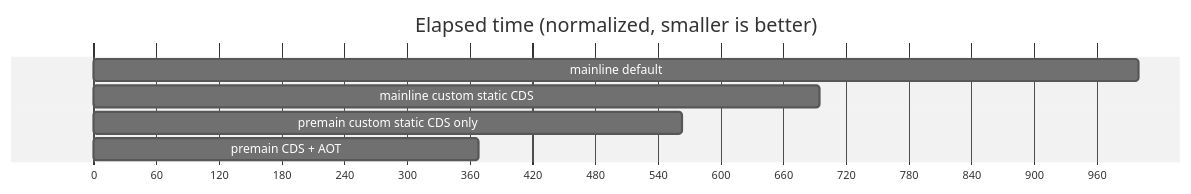
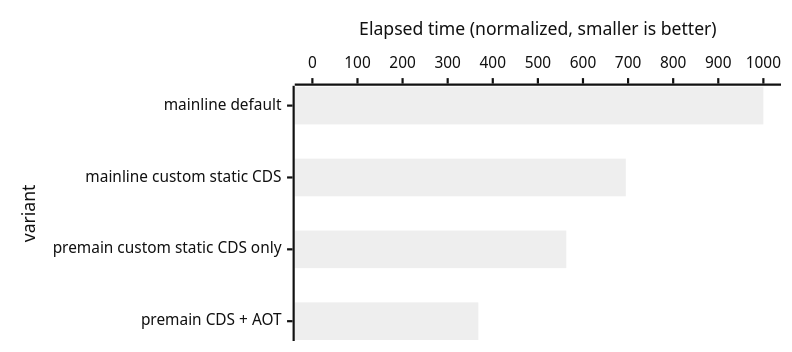
Before and after one commit to openjdk/leyden: the fourth of 4 diagrams in README.md, drawn with Mermaid (neutral theme). The commit also changed other lines of this file and 1 other file, not shown here.

Commit message:
Editorial changes to README, plus better mermaid format from lujaniuk

````diff
--- a/README.md
+++ b/README.md
@@ -411,12 +428,12 @@
 ```mermaid
-gantt
-    title Elapsed time (normalized, smaller is better)
-    todayMarker off
-    dateFormat  X
-    axisFormat %s
-
-    mainline default   : 0, 1000
-    mainline custom static CDS   : 0, 695
-    premain custom static CDS only   : 0, 563
-    premain CDS + AOT   : 0, 368
+---
+config:
+    xyChart:
+        chartOrientation: horizontal
+        height: 300
+---
+xychart-beta
+    x-axis "variant" ["mainline default", "mainline custom static CDS", "premain custom static CDS only", "premain CDS + AOT"]
+    y-axis "Elapsed time (normalized, smaller is better)" 0 --> 1000
+    bar [1000, 695, 563, 368]
 ```
````
